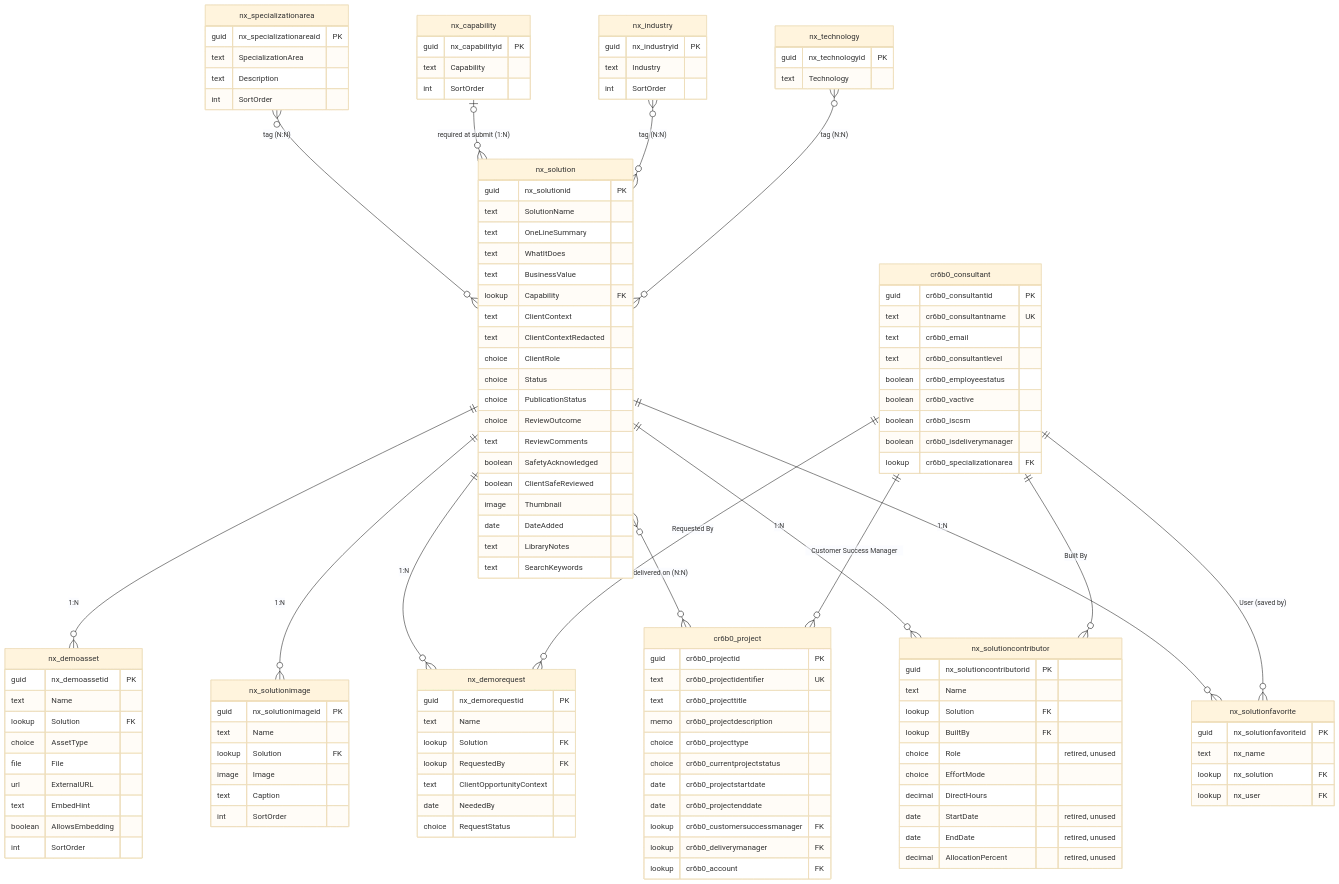
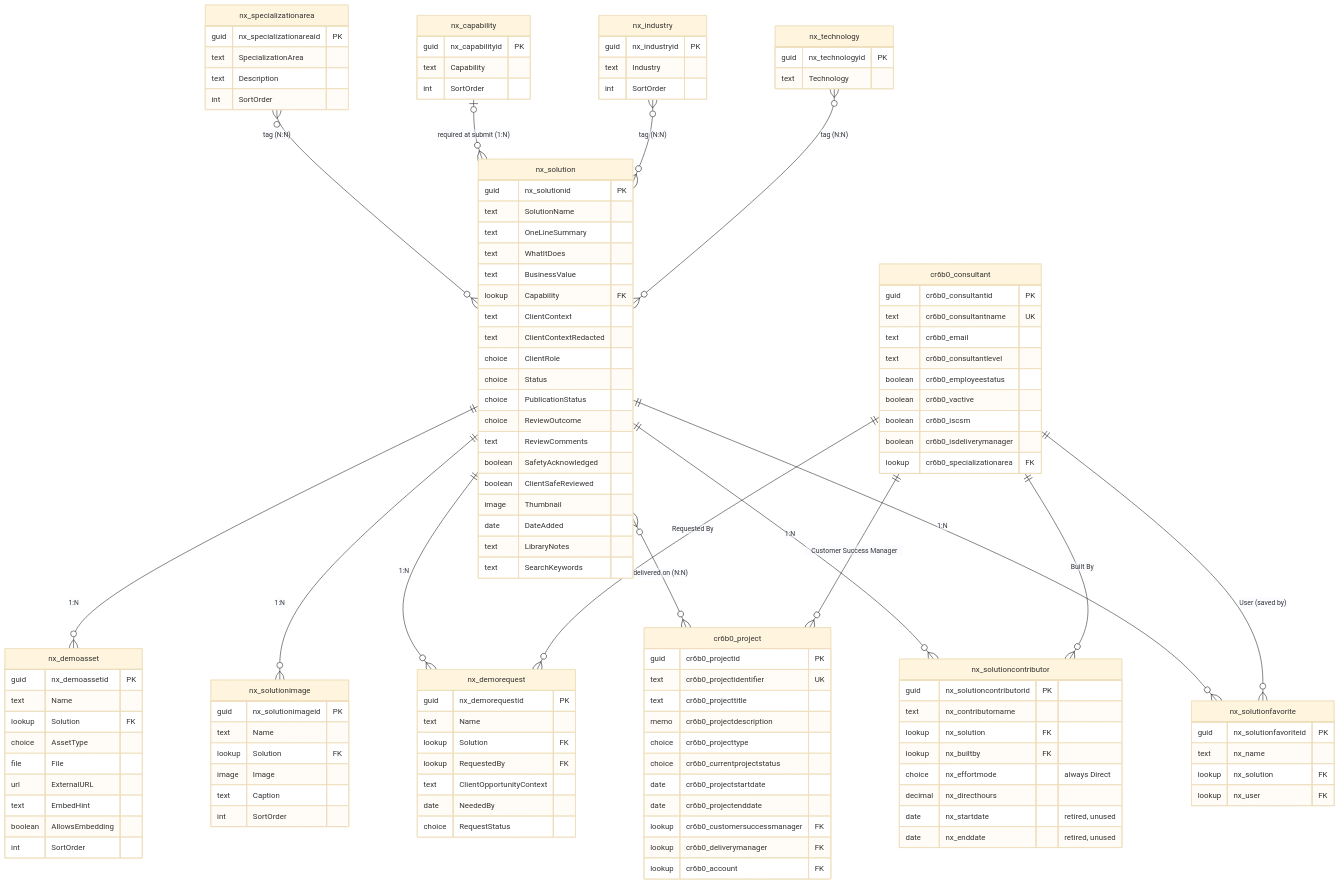
Before and after one commit to lpreciado-nextant/PRISMA: the first of 3 diagrams in docs/data_model/SchemaV2.md, drawn with Mermaid (base theme). The commit also changed other lines of this file and 10 other files, not shown here.

First line of the commit message:
docs(contributors): effort and level change live; nx_role and nx_allocationpercent deleted

```diff
--- a/docs/data_model/SchemaV2.md
+++ b/docs/data_model/SchemaV2.md
@@ -111,15 +109,13 @@
     }
     nx_solutioncontributor {
         guid nx_solutioncontributorid PK
-        text Name
-        lookup Solution FK
-        lookup BuiltBy FK
-        choice Role "retired, unused"
-        choice EffortMode
-        decimal DirectHours
-        date StartDate "retired, unused"
-        date EndDate "retired, unused"
-        decimal AllocationPercent "retired, unused"
+        text nx_contributorname
+        lookup nx_solution FK
+        lookup nx_builtby FK
+        choice nx_effortmode "always Direct"
+        decimal nx_directhours
+        date nx_startdate "retired, unused"
+        date nx_enddate "retired, unused"
     }
     nx_capability {
         guid nx_capabilityid PK
```
